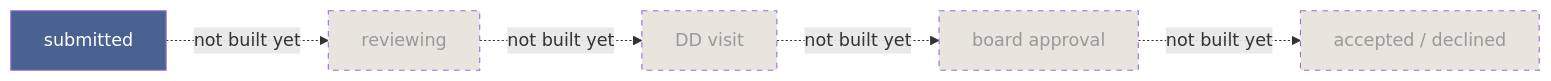
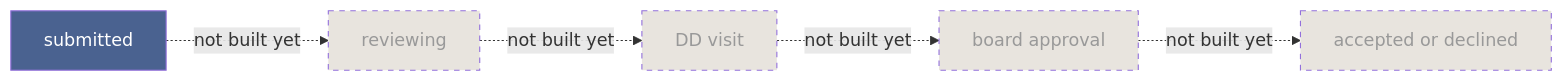
One commit to okumuraven/Boardy.ai changed the fifth of 6 diagrams in bizi_flow.md. Above: the diagram before and after it, drawn with Mermaid. The commit also changed other lines of this file, not shown here.

````diff
--- a/bizi_flow.md
+++ b/bizi_flow.md
@@ -115,13 +116,13 @@
 ```mermaid
 flowchart LR
-    A[submitted] -.not built yet.-> B[reviewing]
-    B -.not built yet.-> C[DD visit]
-    C -.not built yet.-> D[board approval]
-    D -.not built yet.-> E[accepted / declined]
+    A[submitted] -.->|not built yet| B[reviewing]
+    B -.->|not built yet| C[DD visit]
+    C -.->|not built yet| D[board approval]
+    D -.->|not built yet| E[accepted or declined]
 
     style A fill:#4a6290,color:#fff
     style B fill:#e8e4de,color:#999,stroke-dasharray: 5 5
     style C fill:#e8e4de,color:#999,stroke-dasharray: 5 5
     style D fill:#e8e4de,color:#999,stroke-dasharray: 5 5
     style E fill:#e8e4de,color:#999,stroke-dasharray: 5 5
 ```
````
